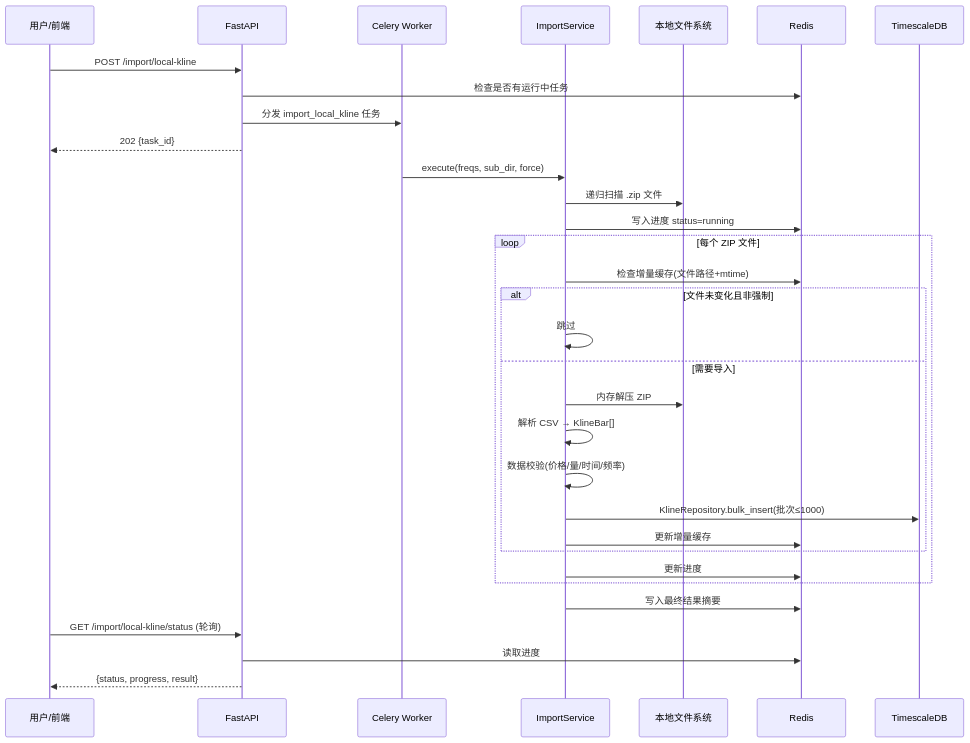
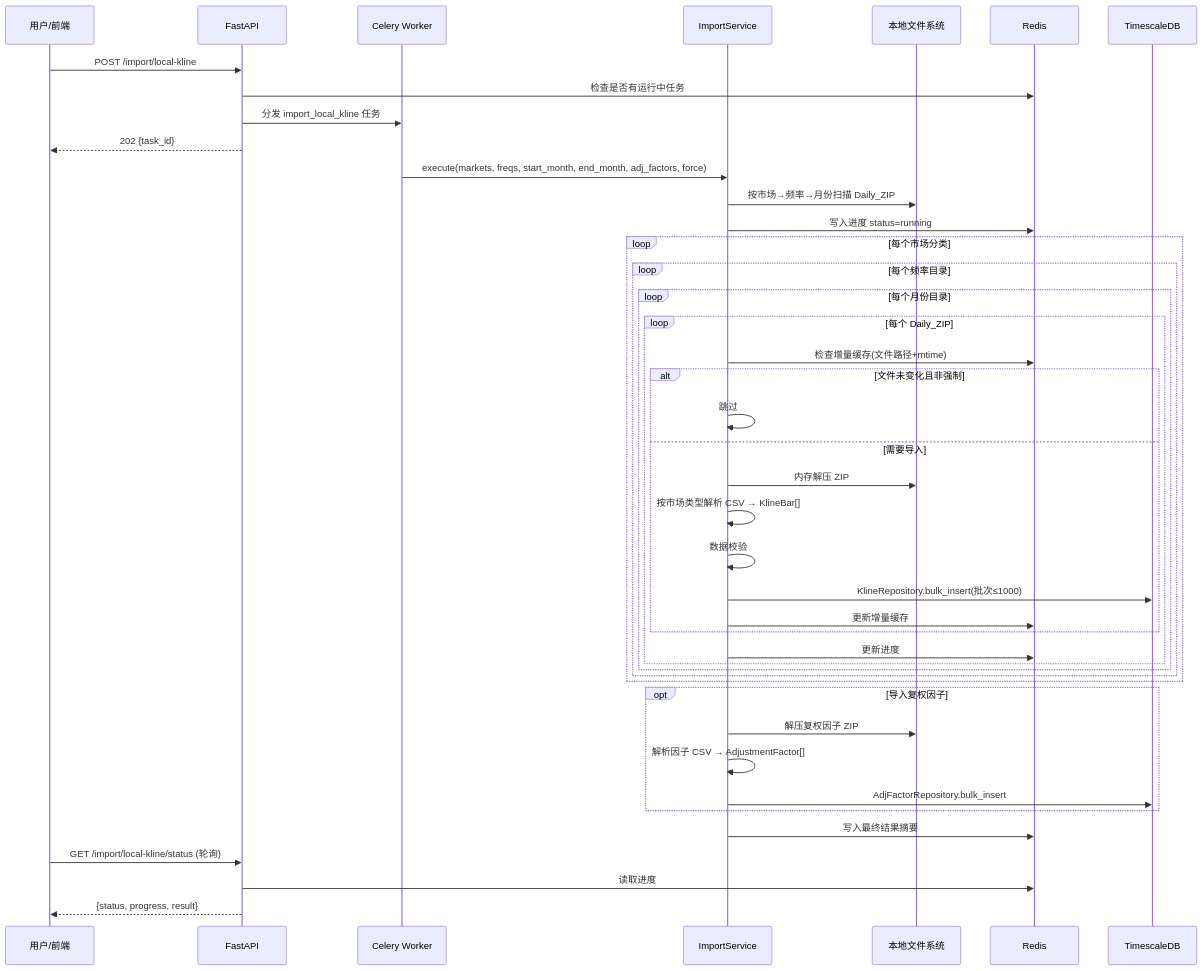
Before and after one commit to xdengpao/PoperRight: the second of 2 diagrams in .kiro/specs/local-kline-import/design.md, drawn with Mermaid. The commit also changed other lines of this file and 16 other files, not shown here.

````diff
--- a/.kiro/specs/local-kline-import/design.md
+++ b/.kiro/specs/local-kline-import/design.md
@@ -56,39 +83,51 @@
 ```mermaid
 sequenceDiagram
     participant U as 用户/前端
     participant API as FastAPI
     participant C as Celery Worker
     participant SVC as ImportService
     participant FS as 本地文件系统
     participant R as Redis
     participant DB as TimescaleDB
 
     U->>API: POST /import/local-kline
     API->>R: 检查是否有运行中任务
     API->>C: 分发 import_local_kline 任务
     API-->>U: 202 {task_id}
-    
-    C->>SVC: execute(freqs, sub_dir, force)
-    SVC->>FS: 递归扫描 .zip 文件
+
+    C->>SVC: execute(markets, freqs, start_month, end_month, adj_factors, force)
+    SVC->>FS: 按市场→频率→月份扫描 Daily_ZIP
     SVC->>R: 写入进度 status=running
-    
-    loop 每个 ZIP 文件
-        SVC->>R: 检查增量缓存(文件路径+mtime)
-        alt 文件未变化且非强制
-            SVC->>SVC: 跳过
-        else 需要导入
-            SVC->>FS: 内存解压 ZIP
-            SVC->>SVC: 解析 CSV → KlineBar[]
-            SVC->>SVC: 数据校验(价格/量/时间/频率)
-            SVC->>DB: KlineRepository.bulk_insert(批次≤1000)
-            SVC->>R: 更新增量缓存
+
+    loop 每个市场分类
+        loop 每个频率目录
+            loop 每个月份目录
+                loop 每个 Daily_ZIP
+                    SVC->>R: 检查增量缓存(文件路径+mtime)
+                    alt 文件未变化且非强制
+                        SVC->>SVC: 跳过
+                    else 需要导入
+                        SVC->>FS: 内存解压 ZIP
+                        SVC->>SVC: 按市场类型解析 CSV → KlineBar[]
+                        SVC->>SVC: 数据校验
+                        SVC->>DB: KlineRepository.bulk_insert(批次≤1000)
+                        SVC->>R: 更新增量缓存
+                    end
+                    SVC->>R: 更新进度
+                end
+            end
         end
-        SVC->>R: 更新进度
     end
-    
+
+    opt 导入复权因子
+        SVC->>FS: 解压复权因子 ZIP
+        SVC->>SVC: 解析因子 CSV → AdjustmentFactor[]
+        SVC->>DB: AdjFactorRepository.bulk_insert
+    end
+
     SVC->>R: 写入最终结果摘要
-    
+
     U->>API: GET /import/local-kline/status (轮询)
     API->>R: 读取进度
     API-->>U: {status, progress, result}
 ```
````
